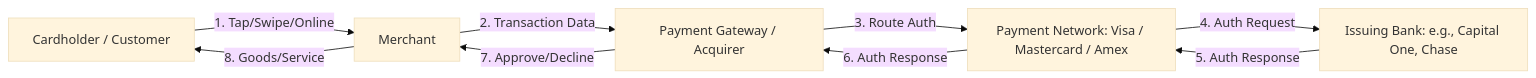
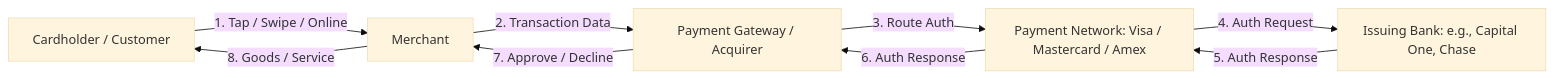
The diagram in 01_payment_systems_and_networks/README.md (Realvincentyuan/fi_ds_interview_prep), drawn with Mermaid (base theme) before and after one commit. The commit also changed 10 other files, not shown here.

Commit message:
Fix Mermaid diagram syntax and quote labels across all markdown files

````diff
--- a/01_payment_systems_and_networks/README.md
+++ b/01_payment_systems_and_networks/README.md
@@ -9,11 +9,11 @@
 ```mermaid
 flowchart LR
-    Cardholder[Cardholder / Customer] -->|1. Tap/Swipe/Online| Merchant[Merchant]
-    Merchant -->|2. Transaction Data| Gateway[Payment Gateway / Acquirer]
-    Gateway -->|3. Route Auth| Network[Payment Network: Visa / Mastercard / Amex]
-    Network -->|4. Auth Request| Issuer[Issuing Bank: e.g., Capital One, Chase]
-    Issuer -->|5. Auth Response| Network
-    Network -->|6. Auth Response| Gateway
-    Gateway -->|7. Approve/Decline| Merchant
-    Merchant -->|8. Goods/Service| Cardholder
+    Cardholder["Cardholder / Customer"] -->|"1. Tap / Swipe / Online"| Merchant["Merchant"]
+    Merchant -->|"2. Transaction Data"| Gateway["Payment Gateway / Acquirer"]
+    Gateway -->|"3. Route Auth"| Network["Payment Network: Visa / Mastercard / Amex"]
+    Network -->|"4. Auth Request"| Issuer["Issuing Bank: e.g., Capital One, Chase"]
+    Issuer -->|"5. Auth Response"| Network
+    Network -->|"6. Auth Response"| Gateway
+    Gateway -->|"7. Approve / Decline"| Merchant
+    Merchant -->|"8. Goods / Service"| Cardholder
 ```
````
